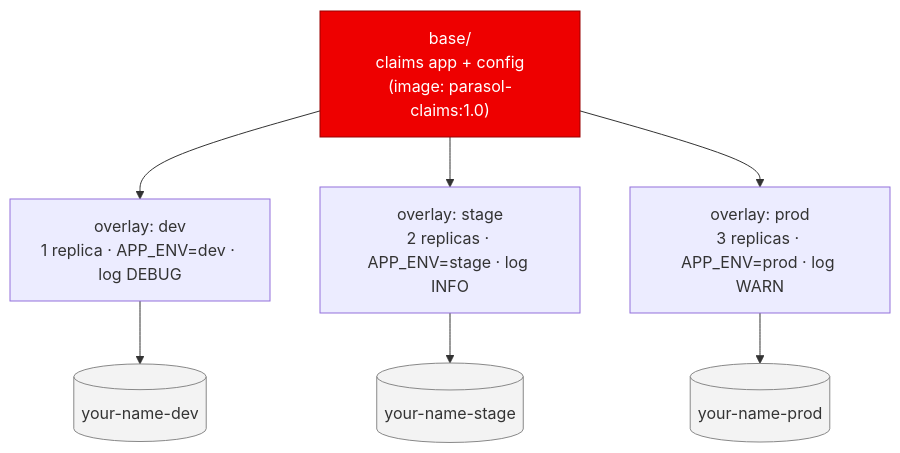
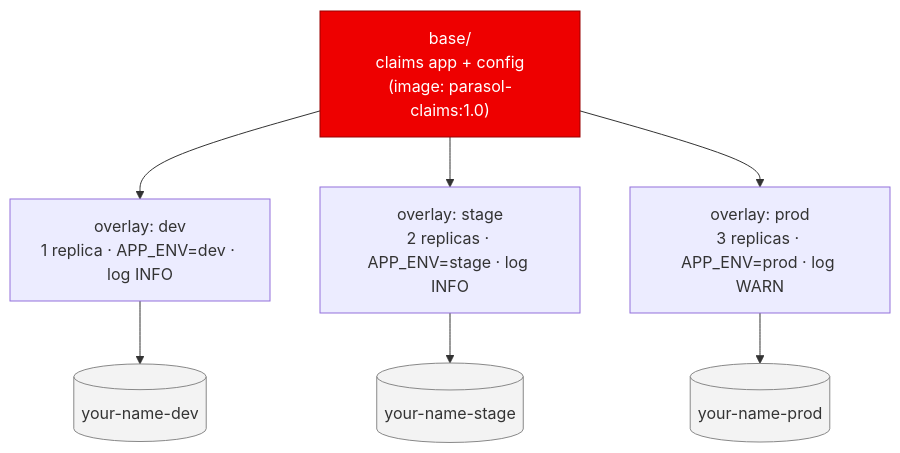
The third of 3 diagrams in content/modules/ROOT/pages/m04-config-multienv/concept.adoc (serhat-dirik/OCP-Getting-Started-Revamped), drawn with Mermaid before and after one commit. The commit also changed 1 other file, not shown here.

Commit message:
fix(m04): G3 SEV3 round — APP_ENV=dev in hand-built config (live-captured outputs), real 4.21 quota/kustomize/endpoints captures, honest prod log-level claim, revert-leftover note, concept dev=INFO

```diff
--- a/content/modules/ROOT/pages/m04-config-multienv/concept.adoc
+++ b/content/modules/ROOT/pages/m04-config-multienv/concept.adoc
@@ -130,15 +130,15 @@
 [mermaid]
 ....
 graph TB
   base["base/<br/>claims app + config<br/>(image: parasol-claims:1.0)"]
-  base --> dev["overlay: dev<br/>1 replica · APP_ENV=dev · log DEBUG"]
+  base --> dev["overlay: dev<br/>1 replica · APP_ENV=dev · log INFO"]
   base --> stage["overlay: stage<br/>2 replicas · APP_ENV=stage · log INFO"]
   base --> prod["overlay: prod<br/>3 replicas · APP_ENV=prod · log WARN"]
   dev --> devns[("your-name-dev")]
   stage --> stagens[("your-name-stage")]
   prod --> prodns[("your-name-prod")]
   classDef same fill:#e00,stroke:#900,color:#fff;
   classDef ns fill:#f3f3f3,stroke:#888,color:#333;
   class base same;
   class devns,stagens,prodns ns;
 ....
```
